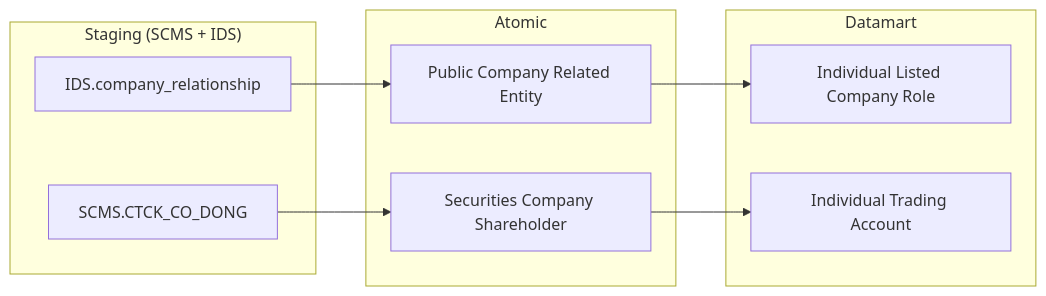
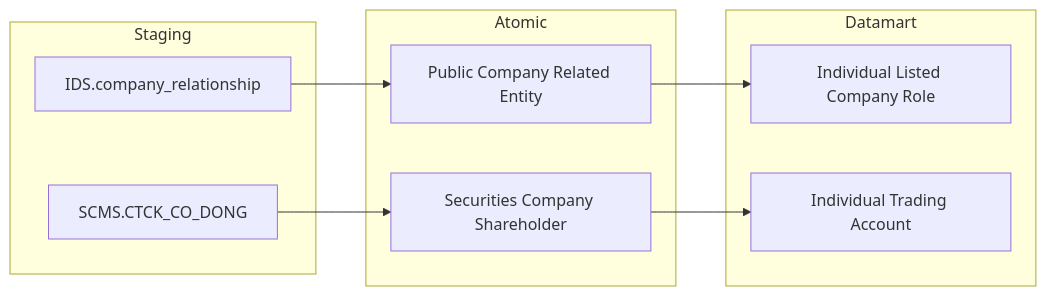
One commit to linhlvit/ubck_atomic_design changed diagram 15 of 40 in Datamart/hld/DTM_QLKD_HLD.md. Above: the diagram before and after it, drawn with Mermaid. The commit also changed other lines of this file and 7 other files, not shown here.

````diff
--- a/Datamart/hld/DTM_QLKD_HLD.md
+++ b/Datamart/hld/DTM_QLKD_HLD.md
@@ -538,23 +568,23 @@
 ```mermaid
 flowchart LR
-    subgraph SRC["Staging (SCMS + IDS)"]
+    subgraph SRC["Staging"]
         S1["IDS.company_relationship"]
         S2["SCMS.CTCK_CO_DONG"]
     end
 
     subgraph SIL["Atomic"]
         SV1["Public Company Related Entity"]
         SV2["Securities Company Shareholder"]
     end
 
     subgraph Datamart["Datamart"]
         G1["Individual Listed Company Role"]
         G2["Individual Trading Account"]
     end
 
     S1 --> SV1
     S2 --> SV2
 
     SV1 --> G1
     SV2 --> G2
 ```
````
